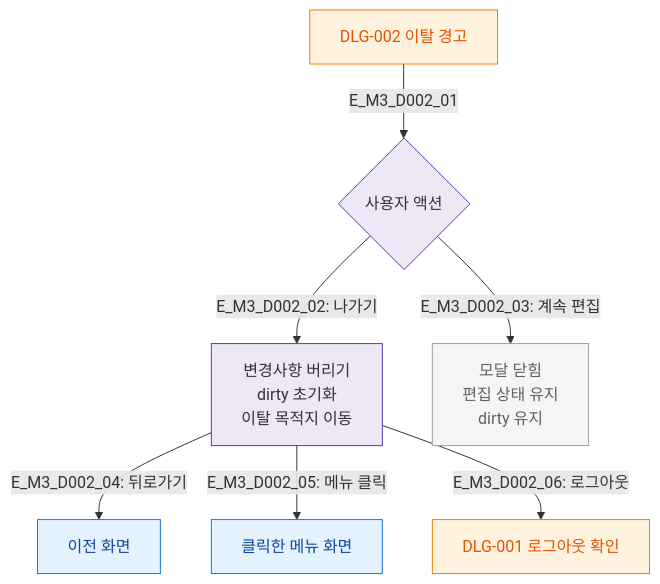
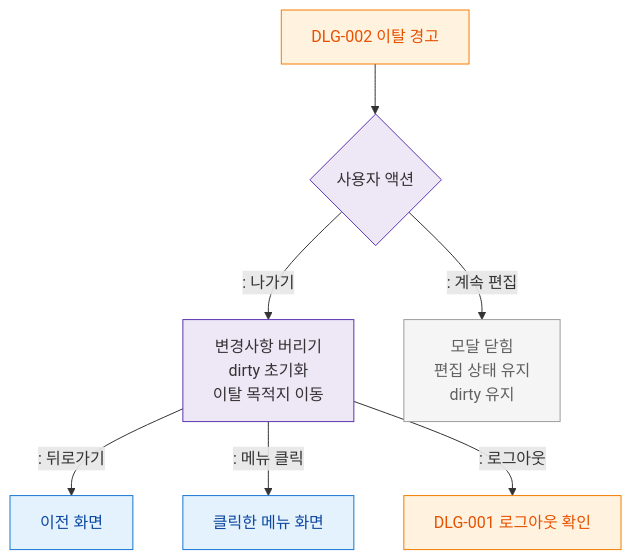
Before and after one commit to dev-spogym/admin-pando: the diagram in docs/다이어그램/D01_공통/DLG/DLG-002_이탈경고/M3_결과분기.md, drawn with Mermaid. The commit also changed other lines of this file and 1660 other files, not shown here.

First line of the commit message:
다이어그램: 기획자/클라이언트 납품본으로 정리

````diff
--- a/docs/다이어그램/D01_공통/DLG/DLG-002_이탈경고/M3_결과분기.md
+++ b/docs/다이어그램/D01_공통/DLG/DLG-002_이탈경고/M3_결과분기.md
@@ -19,20 +17,20 @@
 ```mermaid
 flowchart TD
-    DLG_002[DLG-002 이탈 경고] -->|E_M3_D002_01| ACTION{사용자 액션}
+    DLG_002[DLG-002 이탈 경고] --> ACTION{사용자 액션}
 
-    ACTION -->|"E_M3_D002_02: 나가기"| RESULT_LEAVE[변경사항 버리기\ndirty 초기화\n이탈 목적지 이동]
-    ACTION -->|"E_M3_D002_03: 계속 편집"| RESULT_STAY[모달 닫힘\n편집 상태 유지\ndirty 유지]
+    ACTION -->|": 나가기"|RESULT_LEAVE[변경사항 버리기\ndirty 초기화\n이탈 목적지 이동]
+    ACTION -->|": 계속 편집"|RESULT_STAY[모달 닫힘\n편집 상태 유지\ndirty 유지]
 
-    RESULT_LEAVE -->|"E_M3_D002_04: 뒤로가기"| PREV_PAGE[이전 화면]
-    RESULT_LEAVE -->|"E_M3_D002_05: 메뉴 클릭"| TARGET_SCREEN[클릭한 메뉴 화면]
-    RESULT_LEAVE -->|"E_M3_D002_06: 로그아웃"| DLG_001[DLG-001 로그아웃 확인]
+    RESULT_LEAVE -->|": 뒤로가기"|PREV_PAGE[이전 화면]
+    RESULT_LEAVE -->|": 메뉴 클릭"|TARGET_SCREEN[클릭한 메뉴 화면]
+    RESULT_LEAVE -->|": 로그아웃"|DLG_001[DLG-001 로그아웃 확인]
 
-    classDef screen  fill:#E3F2FD,stroke:#1976D2,color:#0D47A1
-    classDef modal   fill:#FFF3E0,stroke:#F57C00,color:#E65100
-    classDef system  fill:#EDE7F6,stroke:#5E35B2
+    classDef screen fill:#E3F2FD,stroke:#1976D2,color:#0D47A1
+    classDef modal fill:#FFF3E0,stroke:#F57C00,color:#E65100
+    classDef system fill:#EDE7F6,stroke:#5E35B2
     classDef rbacBlocked fill:#F5F5F5,stroke:#9E9E9E,color:#616161
     class PREV_PAGE,TARGET_SCREEN screen
     class DLG_002,DLG_001 modal
     class ACTION,RESULT_LEAVE system
     class RESULT_STAY rbacBlocked
 ```
````
